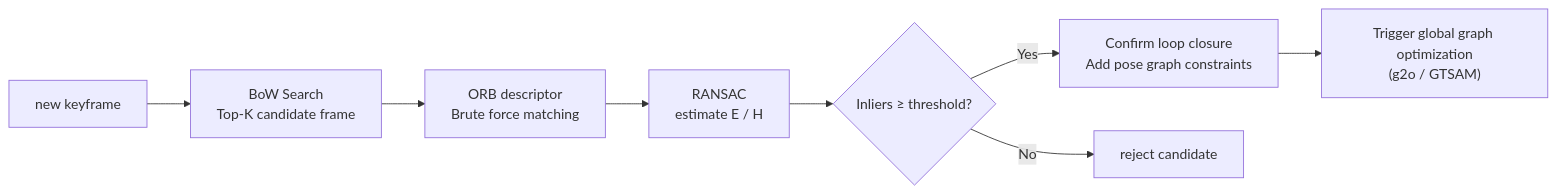
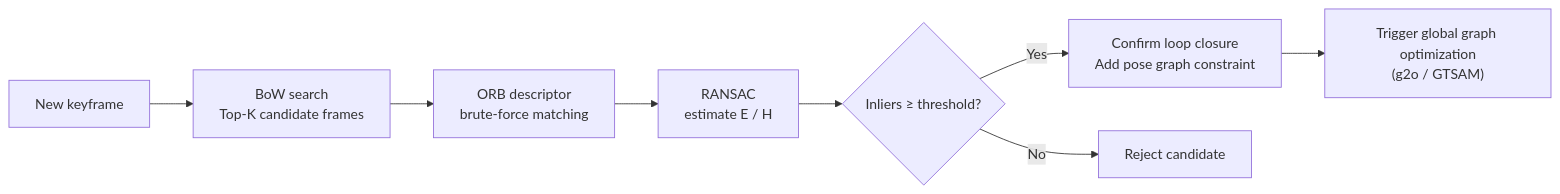
Diagram 12 of 18 in _translations/en/research/Robot-Navigation-Survey.md (TingdeLiu/tingdeliu.github.io), drawn with Mermaid before and after one commit. The commit also changed other lines of this file and 51 other files, not shown here.

````diff
--- a/_translations/en/research/Robot-Navigation-Survey.md
+++ b/_translations/en/research/Robot-Navigation-Survey.md
@@ -1161,10 +1161,10 @@
 ```mermaid
 flowchart LR
-    KF["new keyframe"] --> BOW["BoW Search\nTop-K candidate frame"]
-    BOW --> MATCH["ORB descriptor\nBrute force matching"]
+    KF["New keyframe"] --> BOW["BoW search\nTop-K candidate frames"]
+    BOW --> MATCH["ORB descriptor\nbrute-force matching"]
     MATCH --> RANSAC["RANSAC\nestimate E / H"]
     RANSAC --> CHECK{"Inliers ≥ threshold?"}
-    CHECK -->|"Yes"| LOOP["Confirm loop closure\nAdd pose graph constraints"]
-    CHECK -->|"No"| REJECT["reject candidate"]
+    CHECK -->|"Yes"| LOOP["Confirm loop closure\nAdd pose graph constraint"]
+    CHECK -->|"No"| REJECT["Reject candidate"]
     LOOP --> OPT["Trigger global graph optimization\n(g2o / GTSAM)"]
 ```
````
